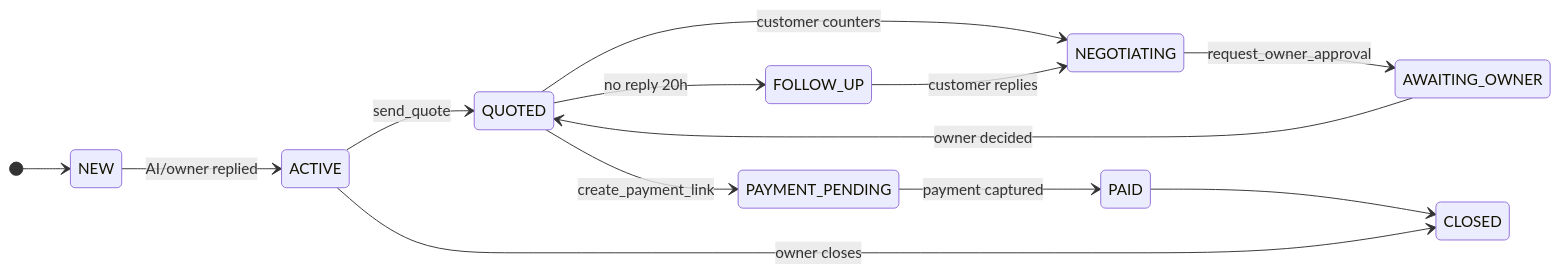
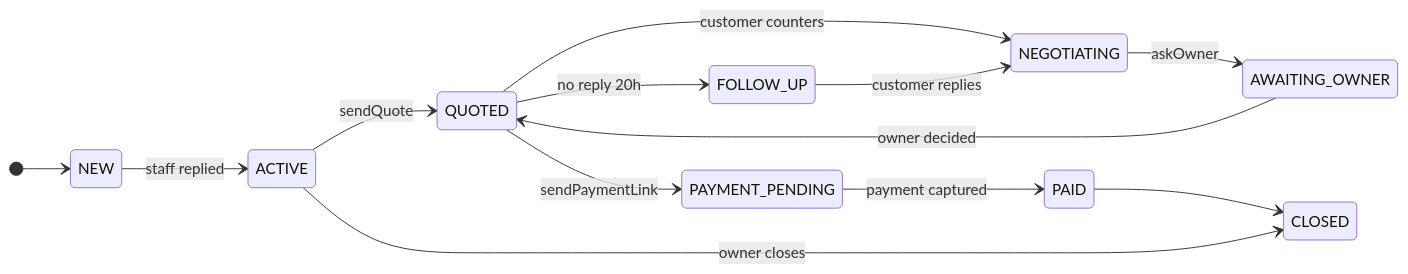
The third of 3 diagrams in docs/04-database-schema.md (Aryadev2005/lavigo-os), drawn with Mermaid before and after one commit. The commit also changed other lines of this file and 7 other files, not shown here.

````diff
--- a/docs/04-database-schema.md
+++ b/docs/04-database-schema.md
@@ -107,16 +115,16 @@
 ```mermaid
 stateDiagram-v2
   direction LR
   [*] --> NEW
-  NEW --> ACTIVE : AI/owner replied
-  ACTIVE --> QUOTED : send_quote
+  NEW --> ACTIVE : staff replied
+  ACTIVE --> QUOTED : sendQuote
   QUOTED --> NEGOTIATING : customer counters
-  NEGOTIATING --> AWAITING_OWNER : request_owner_approval
+  NEGOTIATING --> AWAITING_OWNER : askOwner
   AWAITING_OWNER --> QUOTED : owner decided
-  QUOTED --> PAYMENT_PENDING : create_payment_link
+  QUOTED --> PAYMENT_PENDING : sendPaymentLink
   PAYMENT_PENDING --> PAID : payment captured
   QUOTED --> FOLLOW_UP : no reply 20h
   FOLLOW_UP --> NEGOTIATING : customer replies
   PAID --> CLOSED
   ACTIVE --> CLOSED : owner closes
 ```
````
